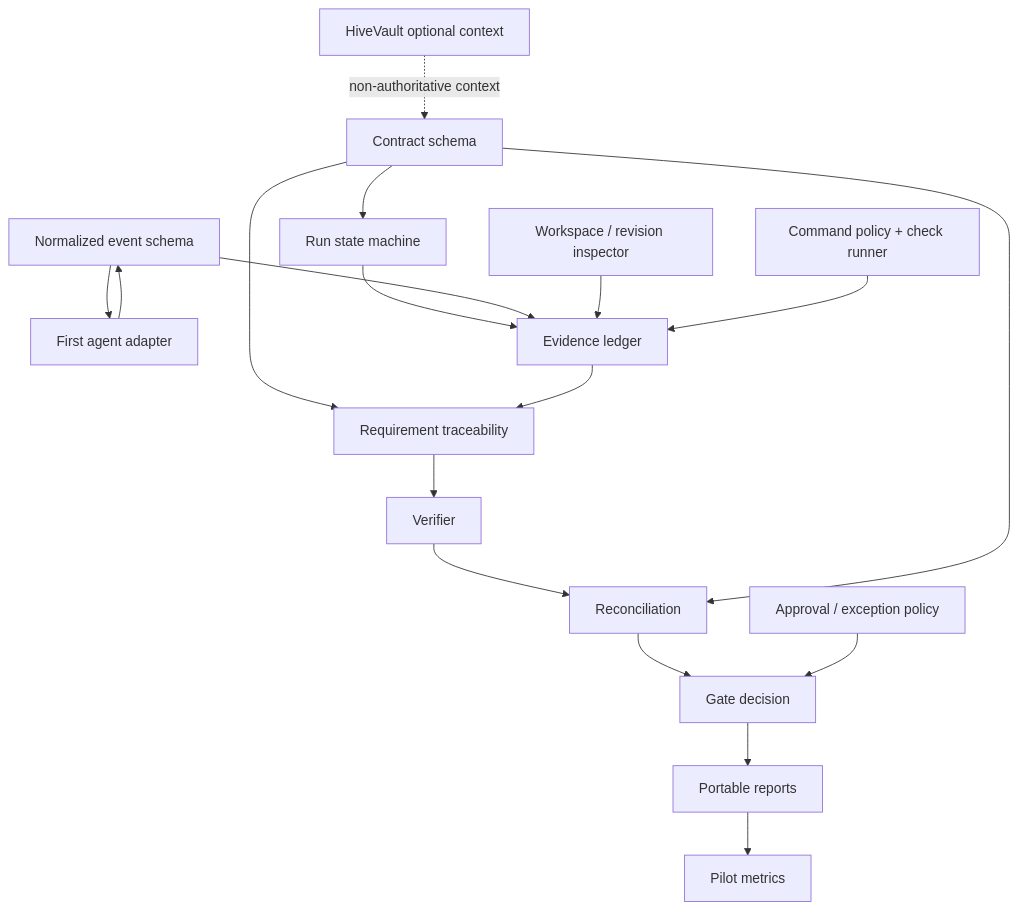
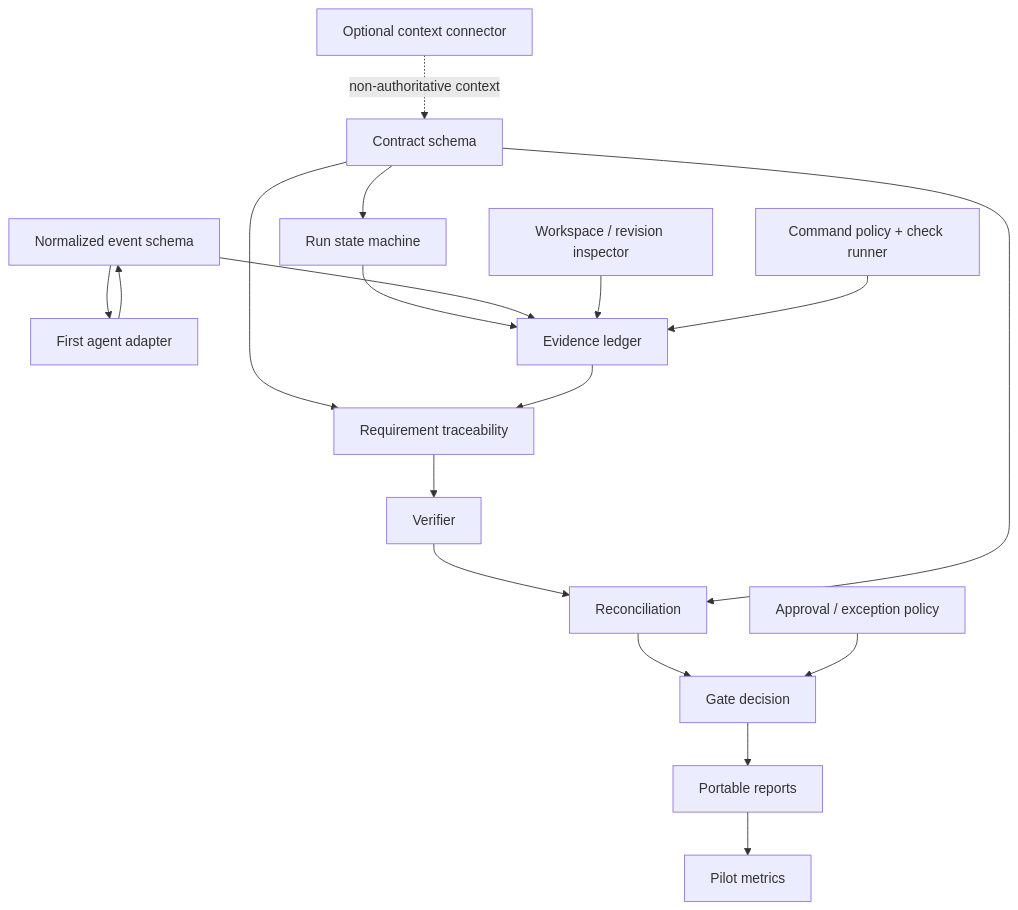
The diagram in docs/13-interdependencies.md (Optitransfer/proofline), drawn with Mermaid before and after one commit. The commit also changed other lines of this file and 17 other files, not shown here.

````diff
--- a/docs/13-interdependencies.md
+++ b/docs/13-interdependencies.md
@@ -5,20 +5,20 @@
 ```mermaid
 flowchart TD
     CONTRACT[Contract schema] --> STATE[Run state machine]
     EVENTS[Normalized event schema] --> ADAPTER[First agent adapter]
     ADAPTER --> EVENTS
     STATE --> LEDGER[Evidence ledger]
     EVENTS --> LEDGER
     GIT[Workspace / revision inspector] --> LEDGER
     RUNNER[Command policy + check runner] --> LEDGER
     CONTRACT --> TRACE[Requirement traceability]
     LEDGER --> TRACE
     TRACE --> VERIFY[Verifier]
     VERIFY --> RECON[Reconciliation]
     CONTRACT --> RECON
     RECON --> GATE[Gate decision]
     POLICY[Approval / exception policy] --> GATE
     GATE --> REPORT[Portable reports]
     REPORT --> PILOT[Pilot metrics]
-    HV[HiveVault optional context] -. non-authoritative context .-> CONTRACT
+    HV[Optional context connector] -. non-authoritative context .-> CONTRACT
 ```
````
